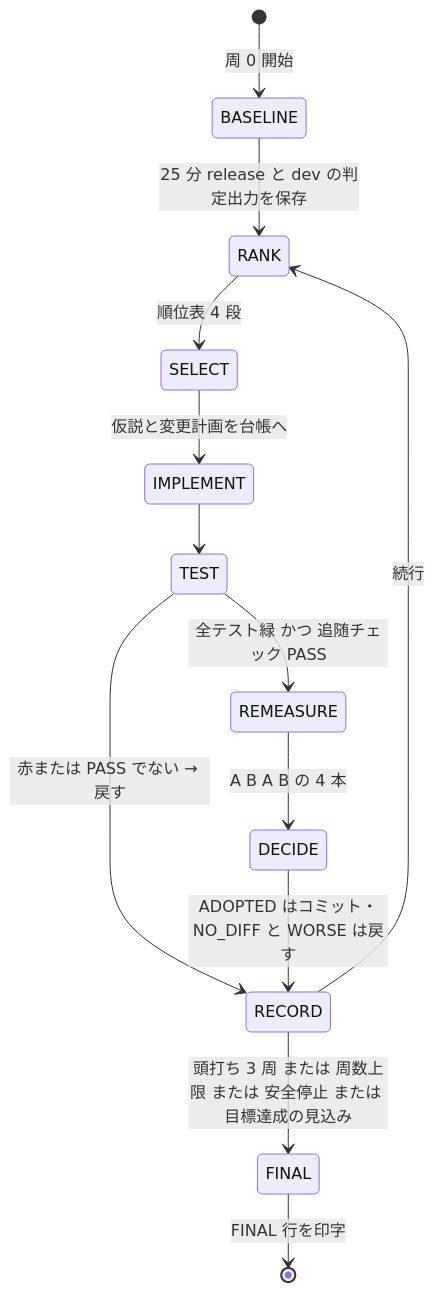
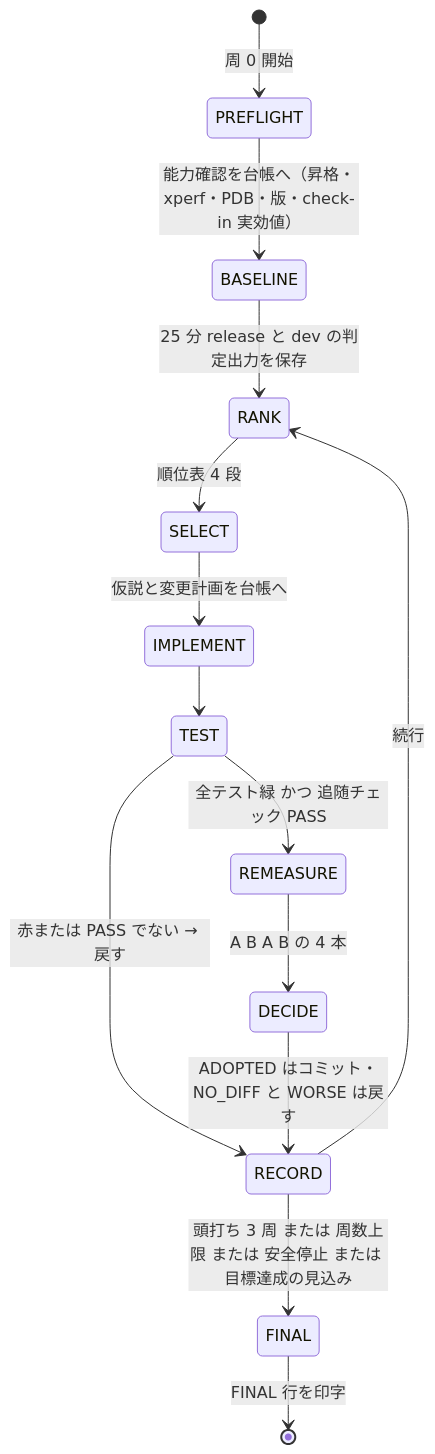
The second of 4 diagrams in .kiro/specs/areka-P0-draw-load-parity/design.md (ekicyou/areka), drawn with Mermaid before and after one commit. The commit also changed other lines of this file, not shown here.

````diff
--- a/.kiro/specs/areka-P0-draw-load-parity/design.md
+++ b/.kiro/specs/areka-P0-draw-load-parity/design.md
@@ -233,15 +233,16 @@
 ```mermaid
 stateDiagram-v2
-    [*] --> BASELINE: 周 0 開始
+    [*] --> PREFLIGHT: 周 0 開始
+    PREFLIGHT --> BASELINE: 能力確認を台帳へ（昇格・xperf・PDB・版・check-in 実効値）
     BASELINE --> RANK: 25 分 release と dev の判定出力を保存
     RANK --> SELECT: 順位表 4 段
     SELECT --> IMPLEMENT: 仮説と変更計画を台帳へ
     IMPLEMENT --> TEST
     TEST --> REMEASURE: 全テスト緑 かつ 追随チェック PASS
     TEST --> RECORD: 赤または PASS でない → 戻す
     REMEASURE --> DECIDE: A B A B の 4 本
     DECIDE --> RECORD: ADOPTED はコミット・NO_DIFF と WORSE は戻す
     RECORD --> RANK: 続行
     RECORD --> FINAL: 頭打ち 3 周 または 周数上限 または 安全停止 または 目標達成の見込み
     FINAL --> [*]: FINAL 行を印字
 ```
````
